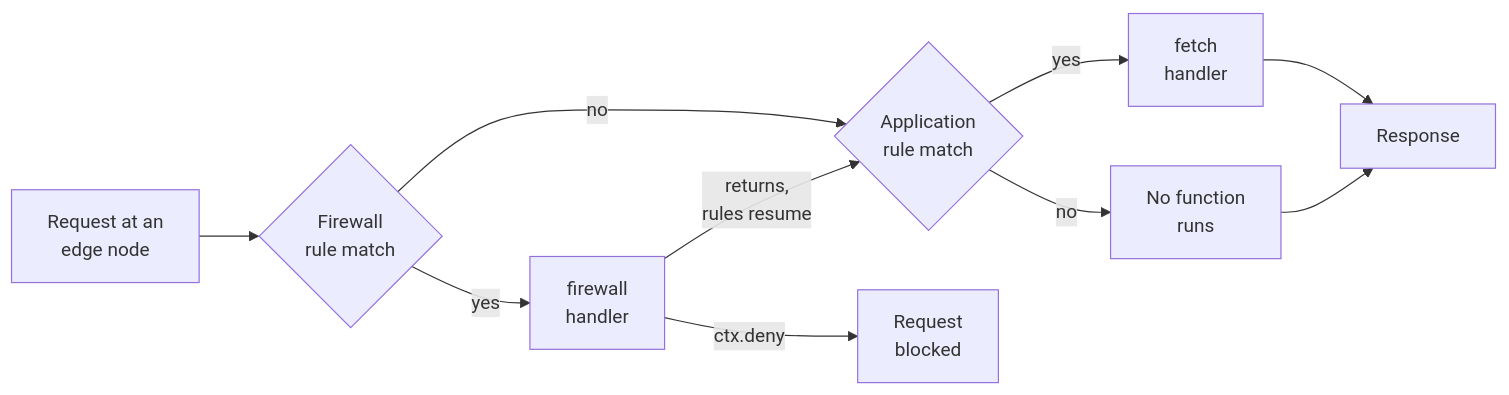
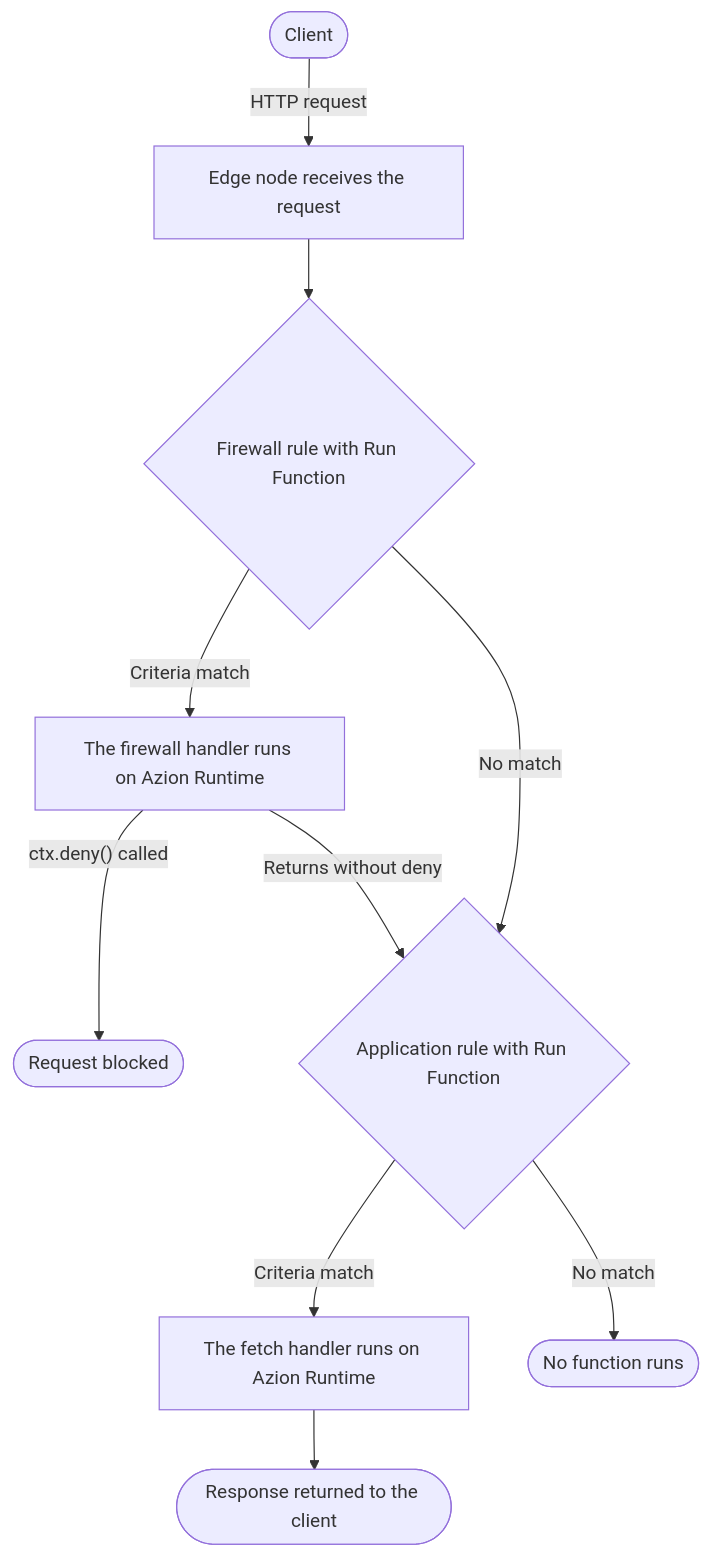
Before and after one commit to souzavinny/azion-docs: the first of 2 diagrams in src/content/docs/en/pages/main-menu/reference/build/edge-application/functions-how-it-works.mdx, drawn with Mermaid. The commit also changed other lines of this file and 15 other files, not shown here.

````diff
--- a/src/content/docs/en/pages/main-menu/reference/build/edge-application/functions-how-it-works.mdx
+++ b/src/content/docs/en/pages/main-menu/reference/build/edge-application/functions-how-it-works.mdx
@@ -26,12 +22,12 @@
 ```mermaid
-flowchart LR
-    R["Request at an<br/>edge node"] --> FWR{"Firewall<br/>rule match"}
-    FWR -->|no| APPR{"Application<br/>rule match"}
-    FWR -->|yes| FWH["firewall<br/>handler"]
-    FWH -->|ctx.deny| BLOCK["Request<br/>blocked"]
-    FWH -->|"returns,<br/>rules resume"| APPR
-    APPR -->|yes| FETCH["fetch<br/>handler"]
-    APPR -->|no| PASS["No function<br/>runs"]
-    FETCH --> RESP["Response"]
-    PASS --> RESP
+flowchart TD
+  Client([Client]) -->|HTTP request| Node[Edge node receives the request]
+  Node --> FwRule{Firewall rule with Run Function}
+  FwRule -->|Criteria match| FwHandler[The firewall handler runs on Azion Runtime]
+  FwHandler -->|"ctx.deny() called"| Blocked([Request blocked])
+  FwHandler -->|Returns without deny| AppRule{Application rule with Run Function}
+  FwRule -->|No match| AppRule
+  AppRule -->|Criteria match| Fetch[The fetch handler runs on Azion Runtime]
+  AppRule -->|No match| NoFn([No function runs])
+  Fetch --> Response([Response returned to the client])
 ```
````
